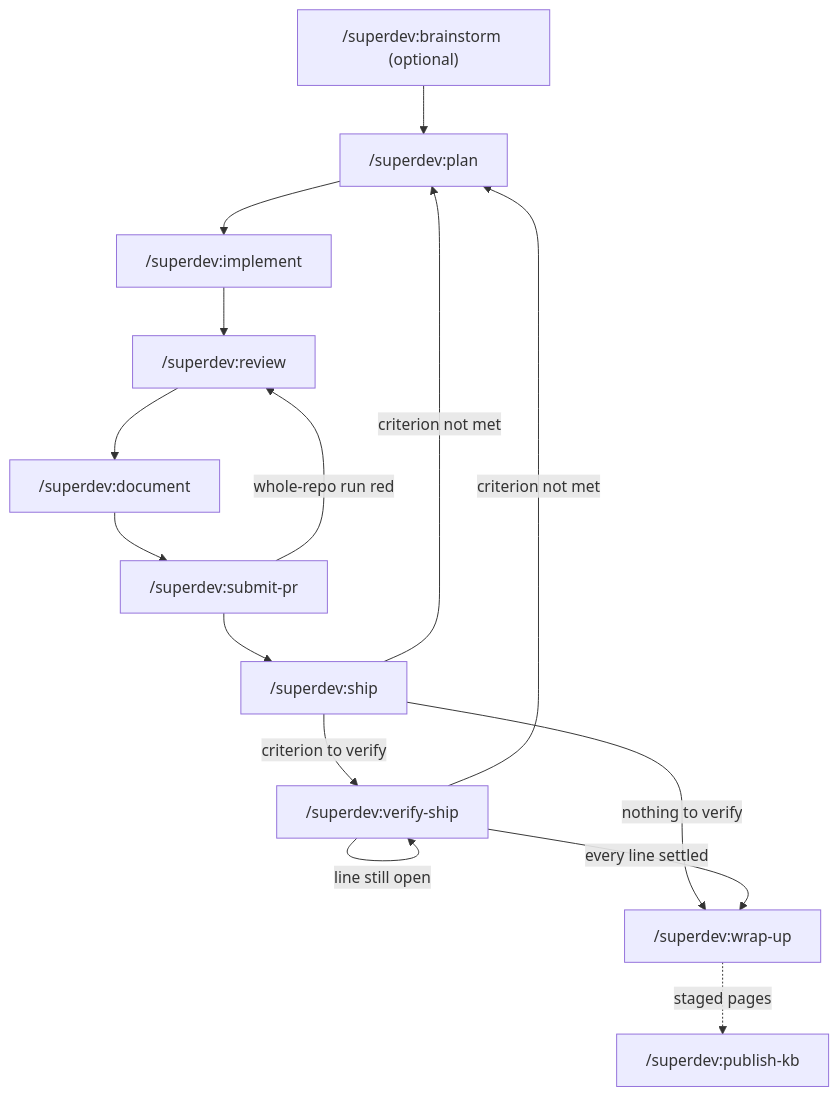
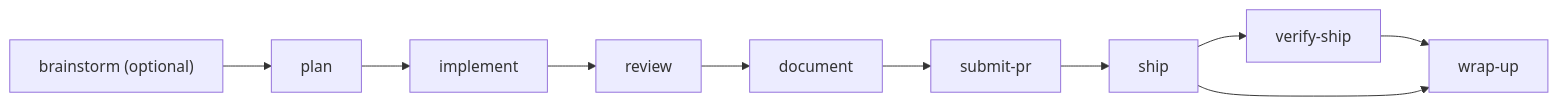
The diagram in README.md (Bomret/superdev), drawn with Mermaid before and after one commit. The commit also changed other lines of this file, not shown here.

````diff
--- a/README.md
+++ b/README.md
@@ -50,17 +48,7 @@
 ```mermaid
-flowchart TD
-  brainstorm["/superdev:brainstorm (optional)"] --> plan["/superdev:plan"]
-  plan --> implement["/superdev:implement"]
-  implement --> review["/superdev:review"]
-  review --> document["/superdev:document"]
-  document --> submit["/superdev:submit-pr"]
-  submit -- "whole-repo run red" --> review
-  submit --> ship["/superdev:ship"]
-  ship -- "criterion to verify" --> verify["/superdev:verify-ship"]
-  ship -- "nothing to verify" --> wrapup["/superdev:wrap-up"]
-  ship -- "criterion not met" --> plan
-  verify -- "line still open" --> verify
-  verify -- "every line settled" --> wrapup
-  verify -- "criterion not met" --> plan
-  wrapup -. "staged pages" .-> publish["/superdev:publish-kb"]
+flowchart LR
+  brainstorm["brainstorm (optional)"] --> plan --> implement --> review --> document --> submit["submit-pr"]
+  submit --> ship
+  ship --> verify["verify-ship"] --> wrapup["wrap-up"]
+  ship --> wrapup
 ```
````
